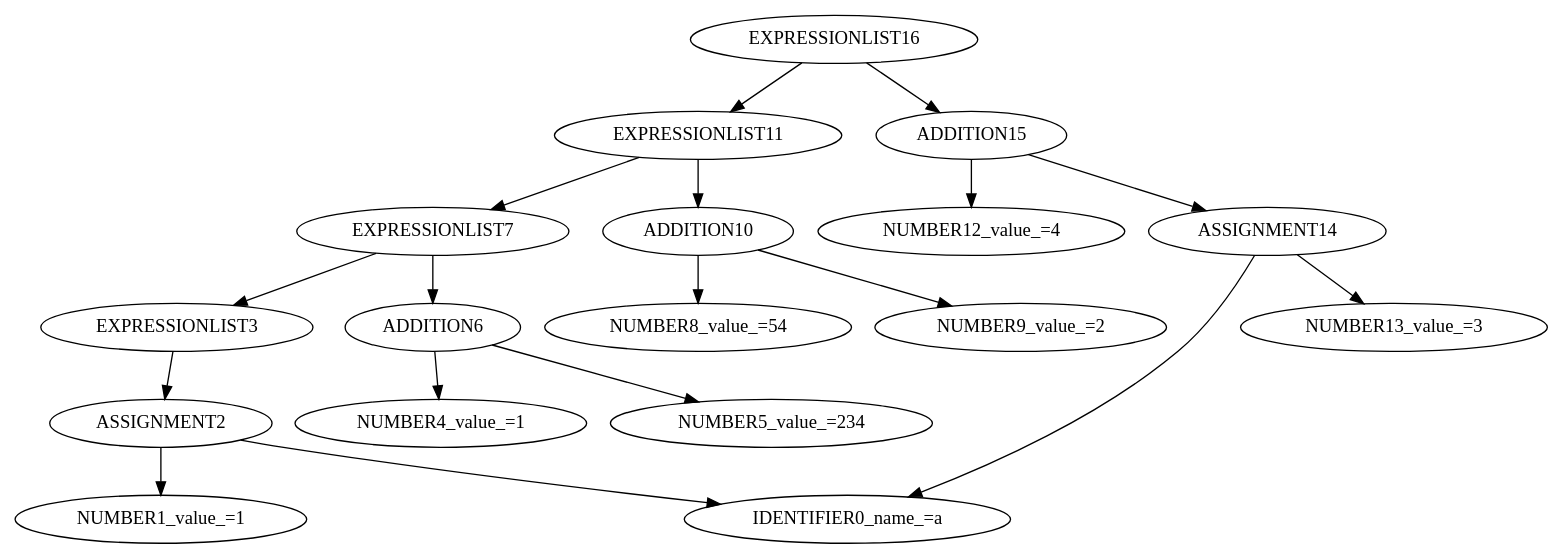
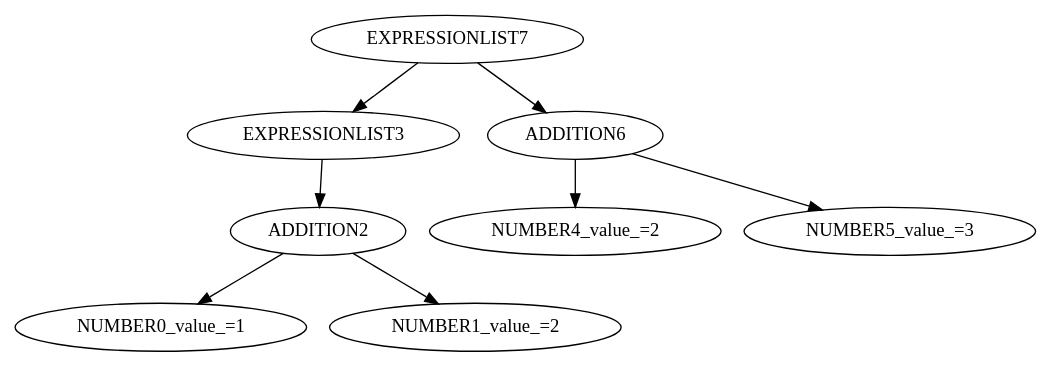
One commit to dhmhgreCompilers1/BisonProjectTemplate changed the diagram in BisonSymbolTableIntro/output.dot. Above: the diagram before and after it, drawn with Graphviz. The commit also changed 10 other files, not shown here.

```diff
--- a/BisonSymbolTableIntro/output.dot
+++ b/BisonSymbolTableIntro/output.dot
@@ -1,19 +1,9 @@
 digraph G {
-"EXPRESSIONLIST16" -> "EXPRESSIONLIST11";
-"EXPRESSIONLIST11" -> "EXPRESSIONLIST7";
 "EXPRESSIONLIST7" -> "EXPRESSIONLIST3";
-"EXPRESSIONLIST3" -> "ASSIGNMENT2";
-"ASSIGNMENT2" -> "IDENTIFIER0_name_=a";
-"ASSIGNMENT2" -> "NUMBER1_value_=1";
+"EXPRESSIONLIST3" -> "ADDITION2";
+"ADDITION2" -> "NUMBER0_value_=1";
+"ADDITION2" -> "NUMBER1_value_=2";
 "EXPRESSIONLIST7" -> "ADDITION6";
-"ADDITION6" -> "NUMBER4_value_=1";
-"ADDITION6" -> "NUMBER5_value_=234";
-"EXPRESSIONLIST11" -> "ADDITION10";
-"ADDITION10" -> "NUMBER8_value_=54";
-"ADDITION10" -> "NUMBER9_value_=2";
-"EXPRESSIONLIST16" -> "ADDITION15";
-"ADDITION15" -> "NUMBER12_value_=4";
-"ADDITION15" -> "ASSIGNMENT14";
-"ASSIGNMENT14" -> "IDENTIFIER0_name_=a";
-"ASSIGNMENT14" -> "NUMBER13_value_=3";
+"ADDITION6" -> "NUMBER4_value_=2";
+"ADDITION6" -> "NUMBER5_value_=3";
 }
```
